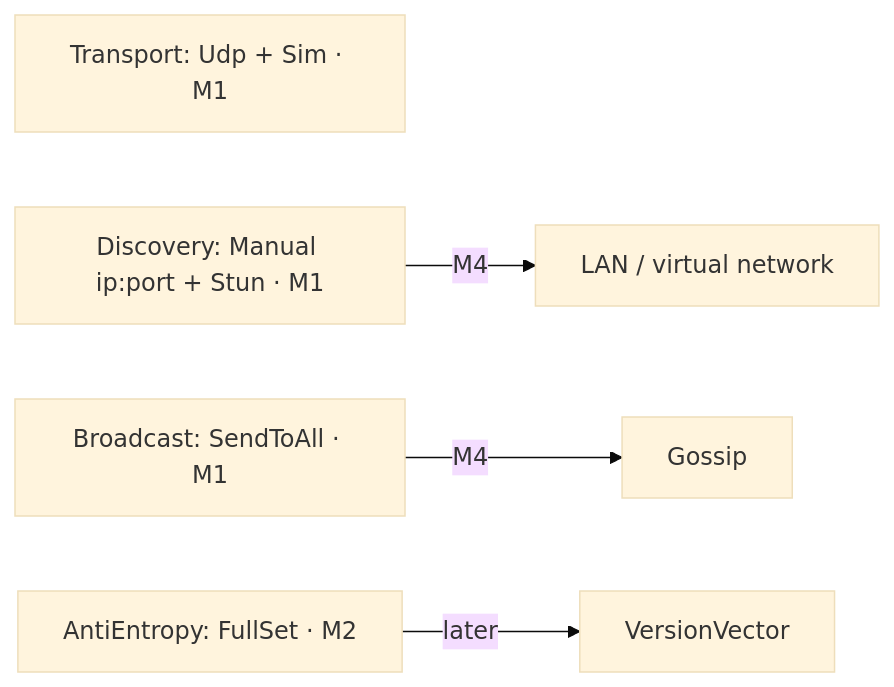
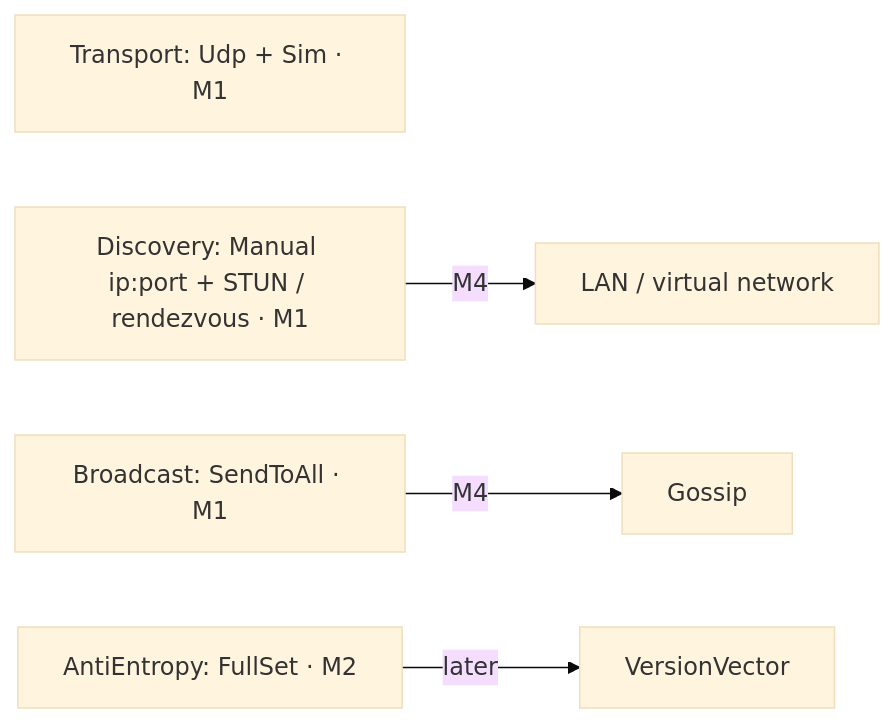
Before and after one commit to Student-Team-Projects/Most-Overkilled-Whiteboard-for-ArchLinux: the third of 4 diagrams in docs/architecture.md, drawn with Mermaid (base theme). The commit also changed other lines of this file and 17 other files, not shown here.

````diff
--- a/docs/architecture.md
+++ b/docs/architecture.md
@@ -54,7 +54,7 @@
 ```mermaid
 flowchart LR
     tr["Transport: Udp + Sim · M1"]
-    di0["Discovery: Manual ip:port + Stun · M1"] -->|M4| di1["LAN / virtual network"]
+    di0["Discovery: Manual ip:port + STUN / rendezvous · M1"] -->|M4| di1["LAN / virtual network"]
     br0["Broadcast: SendToAll · M1"] -->|M4| br1["Gossip"]
     ae0["AntiEntropy: FullSet · M2"] -->|later| ae1["VersionVector"]
 ```
````
